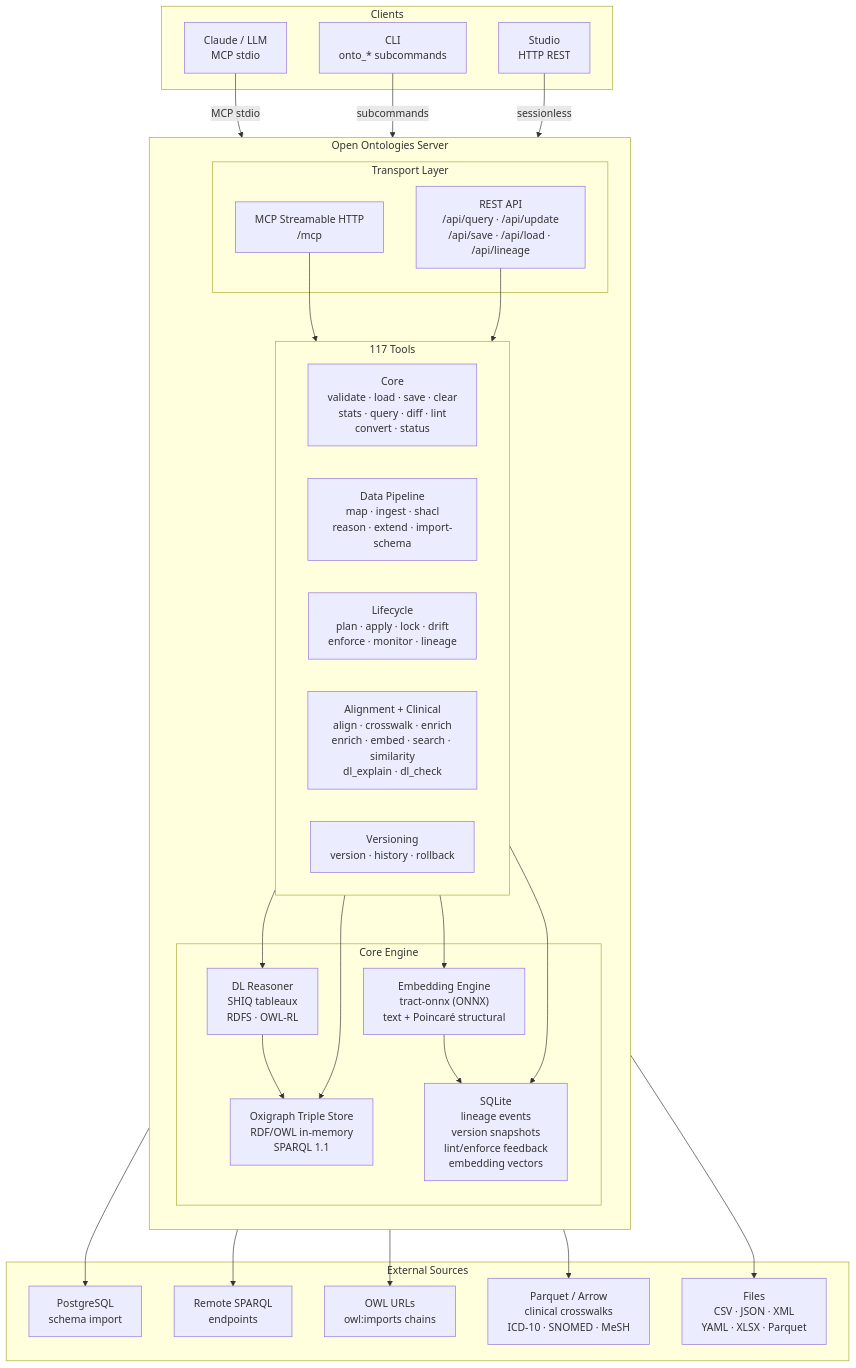
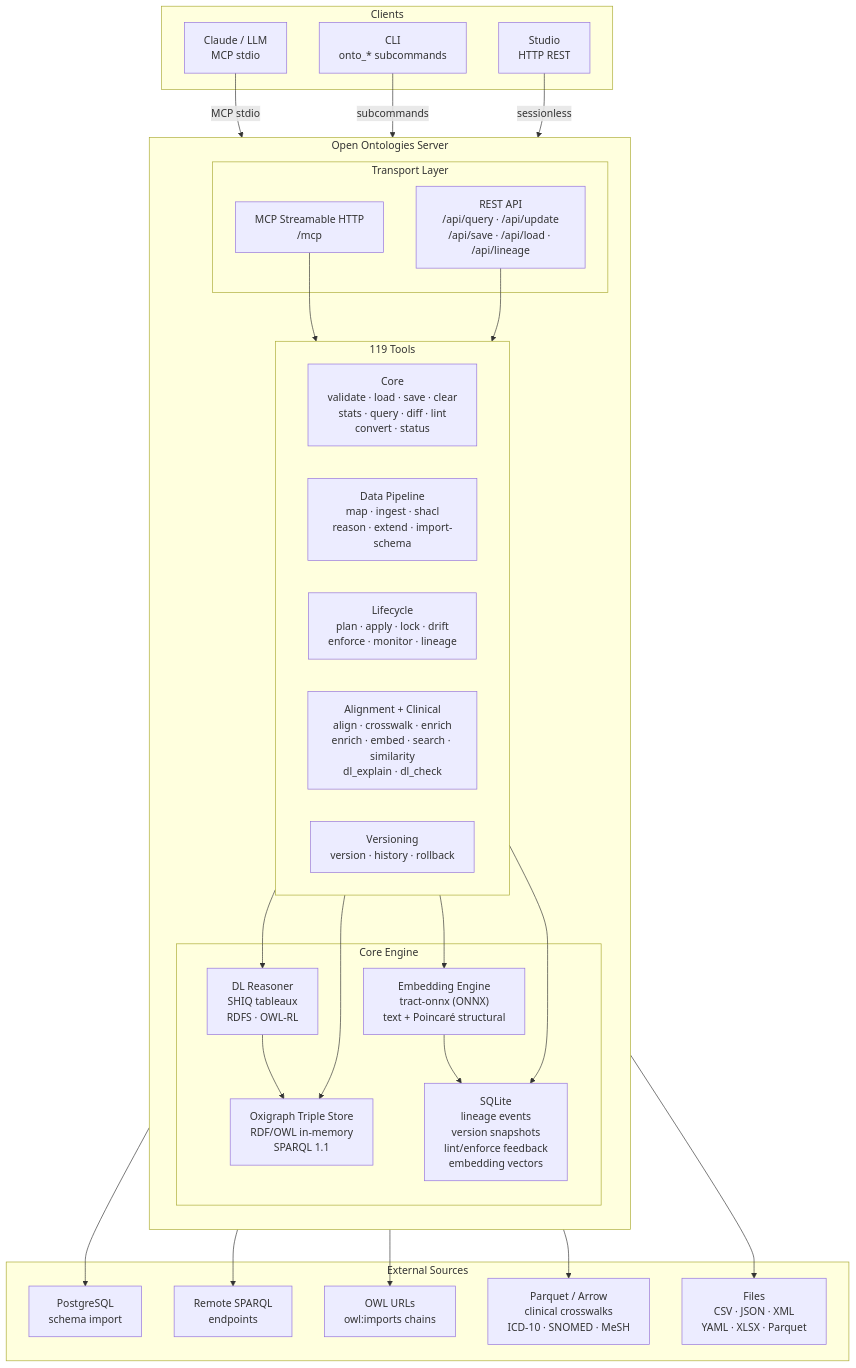
One commit to Elendil-Q/open-ontologies changed the first of 2 diagrams in docs/architecture.md. Above: the diagram before and after it, drawn with Mermaid. The commit also changed 24 other files, not shown here.

````diff
--- a/docs/architecture.md
+++ b/docs/architecture.md
@@ -11,62 +11,62 @@
 ```mermaid
 flowchart TD
     subgraph Clients["Clients"]
         Claude["Claude / LLM\nMCP stdio"]
         CLI["CLI\nonto_* subcommands"]
         Studio["Studio\nHTTP REST"]
     end
 
     subgraph Server["Open Ontologies Server"]
         direction TB
 
         subgraph Transport["Transport Layer"]
             MCP_HTTP["MCP Streamable HTTP\n/mcp"]
             REST["REST API\n/api/query · /api/update\n/api/save · /api/load · /api/lineage"]
         end
 
-        subgraph ToolGroups["117 Tools"]
+        subgraph ToolGroups["119 Tools"]
             direction LR
             Core["Core\nvalidate · load · save · clear\nstats · query · diff · lint\nconvert · status"]
             DataPipe["Data Pipeline\nmap · ingest · shacl\nreason · extend · import-schema"]
             Lifecycle["Lifecycle\nplan · apply · lock · drift\nenforce · monitor · lineage"]
             Advanced["Alignment + Clinical\nalign · crosswalk · enrich\nenrich · embed · search · similarity\ndl_explain · dl_check"]
             Version["Versioning\nversion · history · rollback"]
         end
 
         subgraph Core2["Core Engine"]
             GraphStore["Oxigraph Triple Store\nRDF/OWL in-memory\nSPARQL 1.1"]
             SQLite["SQLite\nlineage events\nversion snapshots\nlint/enforce feedback\nembedding vectors"]
             Reasoner["DL Reasoner\nSHIQ tableaux\nRDFS · OWL-RL"]
             Embedder["Embedding Engine\ntract-onnx (ONNX)\ntext + Poincaré structural"]
         end
     end
 
     subgraph External["External Sources"]
         PG["PostgreSQL\nschema import"]
         SPARQL["Remote SPARQL\nendpoints"]
         OWL["OWL URLs\nowl:imports chains"]
         Parquet["Parquet / Arrow\nclinical crosswalks\nICD-10 · SNOMED · MeSH"]
         Files["Files\nCSV · JSON · XML\nYAML · XLSX · Parquet"]
     end
 
     Claude -->|"MCP stdio"| MCP_HTTP
     CLI -->|"subcommands"| MCP_HTTP
     Studio -->|"sessionless"| REST
 
     MCP_HTTP --> ToolGroups
     REST --> ToolGroups
 
     ToolGroups --> GraphStore
     ToolGroups --> SQLite
     ToolGroups --> Reasoner
     ToolGroups --> Embedder
 
     Reasoner --> GraphStore
     Embedder --> SQLite
 
     DataPipe --> Files
     Advanced --> Parquet
     Core --> OWL
     Core --> SPARQL
     DataPipe --> PG
 ```
````
